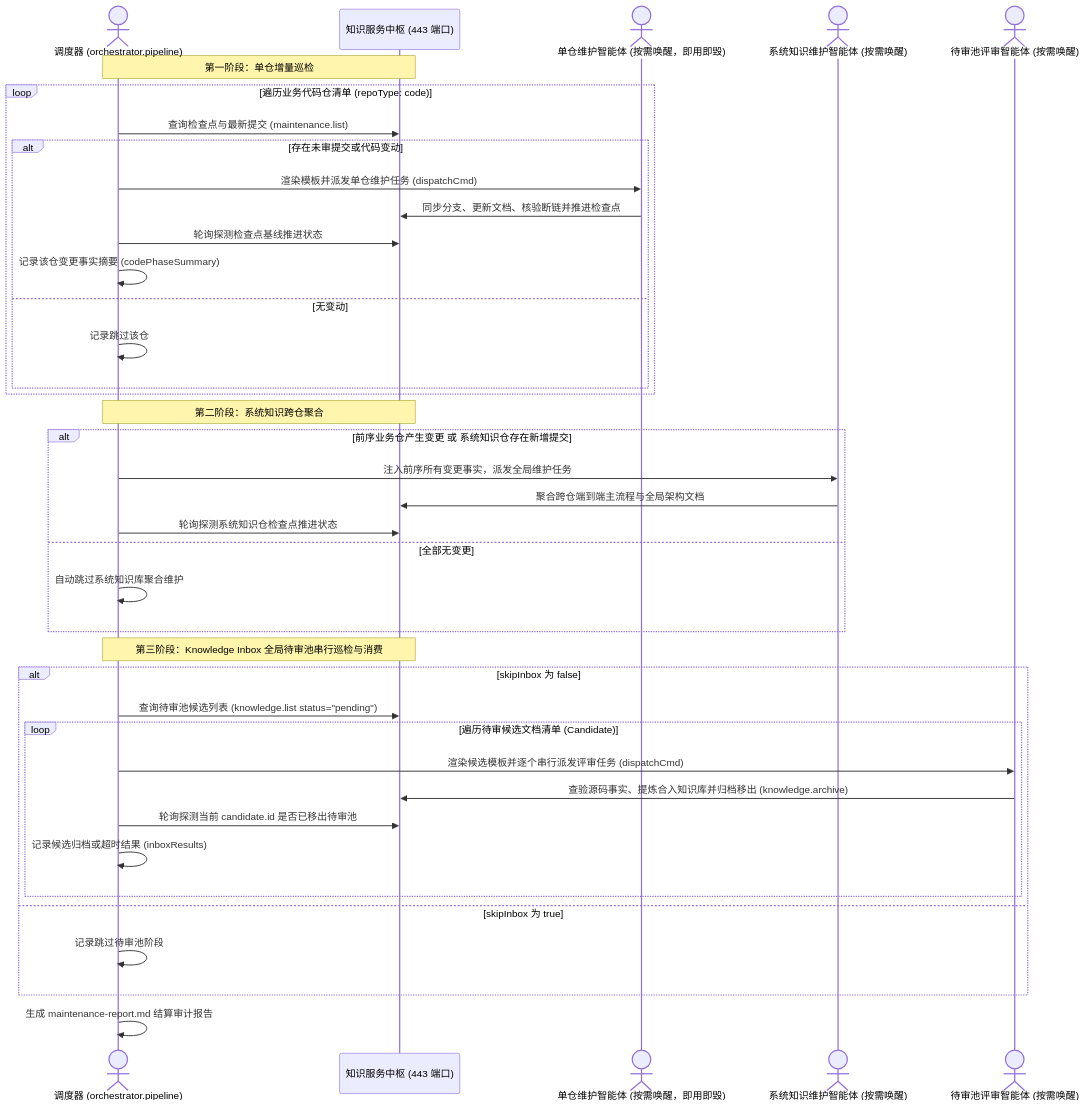
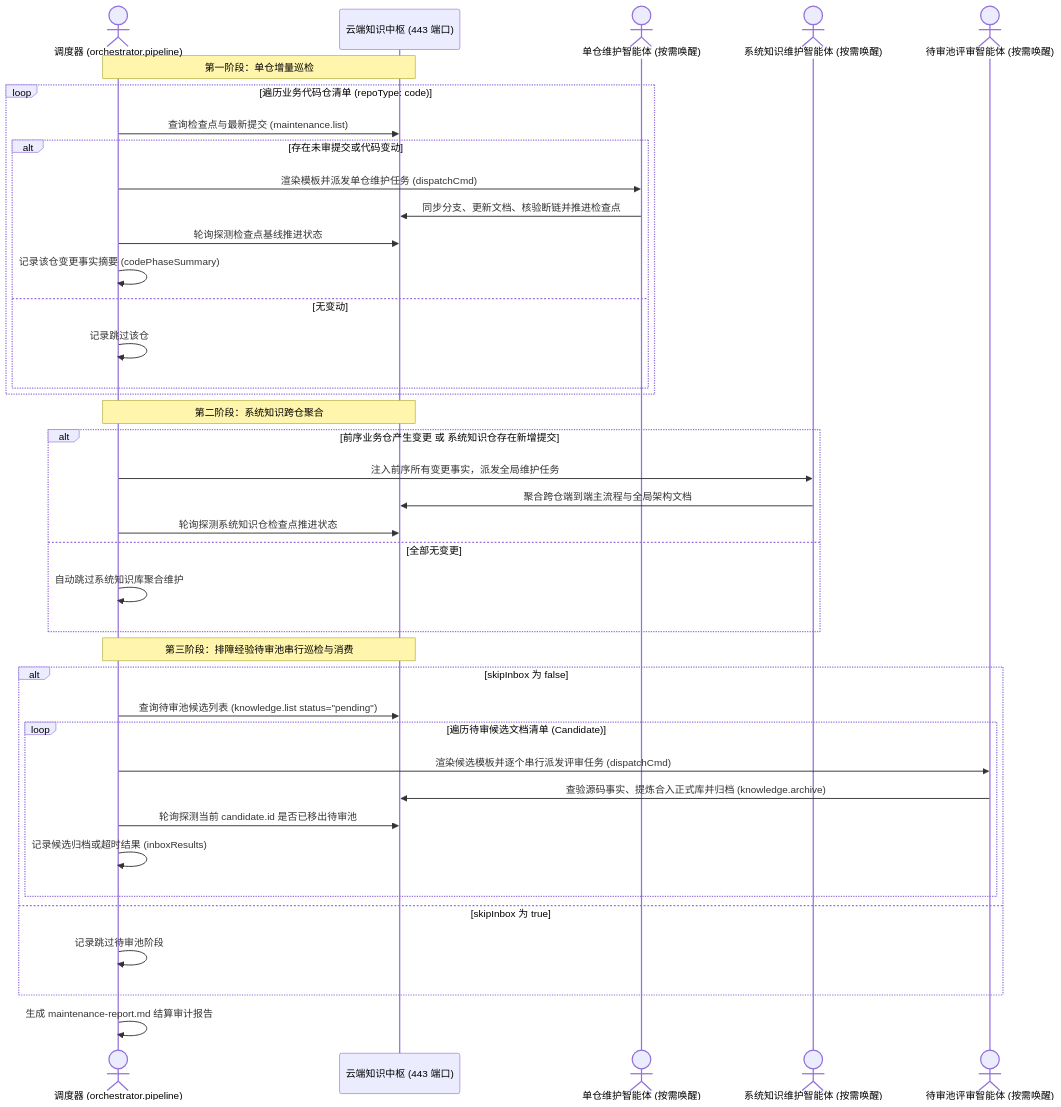
One commit to fjay/knowledge-dock changed the diagram in docs/orchestration.md. Above: the diagram before and after it, drawn with Mermaid. The commit also changed other lines of this file and 9 other files, not shown here.

Commit message:
docs: rewrite all documentation with concise table-driven invariant architecture style

````diff
--- a/docs/orchestration.md
+++ b/docs/orchestration.md
@@ -50,45 +69,45 @@
 ```mermaid
 sequenceDiagram
     actor Runner as 调度器 (orchestrator.pipeline)
-    participant Cloud as 知识服务中枢 (443 端口)
-    actor Worker as 单仓维护智能体 (按需唤醒，即用即毁)
+    participant Cloud as 云端知识中枢 (443 端口)
+    actor Worker as 单仓维护智能体 (按需唤醒)
     actor SystemWorker as 系统知识维护智能体 (按需唤醒)
     actor InboxWorker as 待审池评审智能体 (按需唤醒)
 
     Note over Runner,Cloud: 第一阶段：单仓增量巡检
     loop 遍历业务代码仓清单 (repoType: code)
         Runner->>Cloud: 查询检查点与最新提交 (maintenance.list)
         alt 存在未审提交或代码变动
             Runner->>Worker: 渲染模板并派发单仓维护任务 (dispatchCmd)
             Worker->>Cloud: 同步分支、更新文档、核验断链并推进检查点
             Runner->>Cloud: 轮询探测检查点基线推进状态
             Runner->>Runner: 记录该仓变更事实摘要 (codePhaseSummary)
         else 无变动
             Runner->>Runner: 记录跳过该仓
         end
     end
 
     Note over Runner,Cloud: 第二阶段：系统知识跨仓聚合
     alt 前序业务仓产生变更 或 系统知识仓存在新增提交
         Runner->>SystemWorker: 注入前序所有变更事实，派发全局维护任务
         SystemWorker->>Cloud: 聚合跨仓端到端主流程与全局架构文档
         Runner->>Cloud: 轮询探测系统知识仓检查点推进状态
     else 全部无变更
         Runner->>Runner: 自动跳过系统知识库聚合维护
     end
 
-    Note over Runner,Cloud: 第三阶段：Knowledge Inbox 全局待审池串行巡检与消费
+    Note over Runner,Cloud: 第三阶段：排障经验待审池串行巡检与消费
     alt skipInbox 为 false
         Runner->>Cloud: 查询待审池候选列表 (knowledge.list status="pending")
         loop 遍历待审候选文档清单 (Candidate)
             Runner->>InboxWorker: 渲染候选模板并逐个串行派发评审任务 (dispatchCmd)
-            InboxWorker->>Cloud: 查验源码事实、提炼合入知识库并归档移出 (knowledge.archive)
+            InboxWorker->>Cloud: 查验源码事实、提炼合入正式库并归档 (knowledge.archive)
             Runner->>Cloud: 轮询探测当前 candidate.id 是否已移出待审池
             Runner->>Runner: 记录候选归档或超时结果 (inboxResults)
         end
     else skipInbox 为 true
         Runner->>Runner: 记录跳过待审池阶段
     end
 
     Runner->>Runner: 生成 maintenance-report.md 结算审计报告
 ```
````
